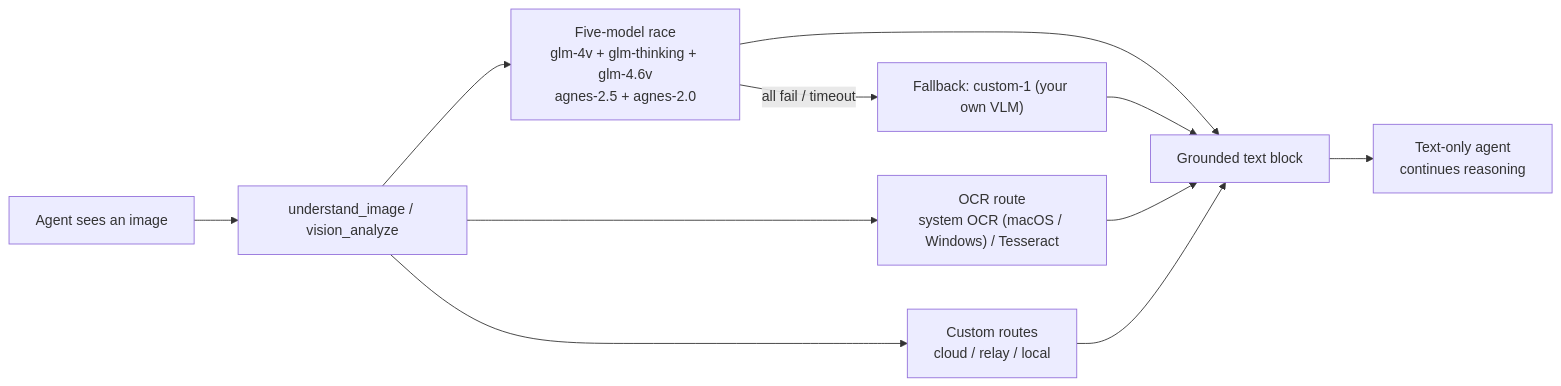
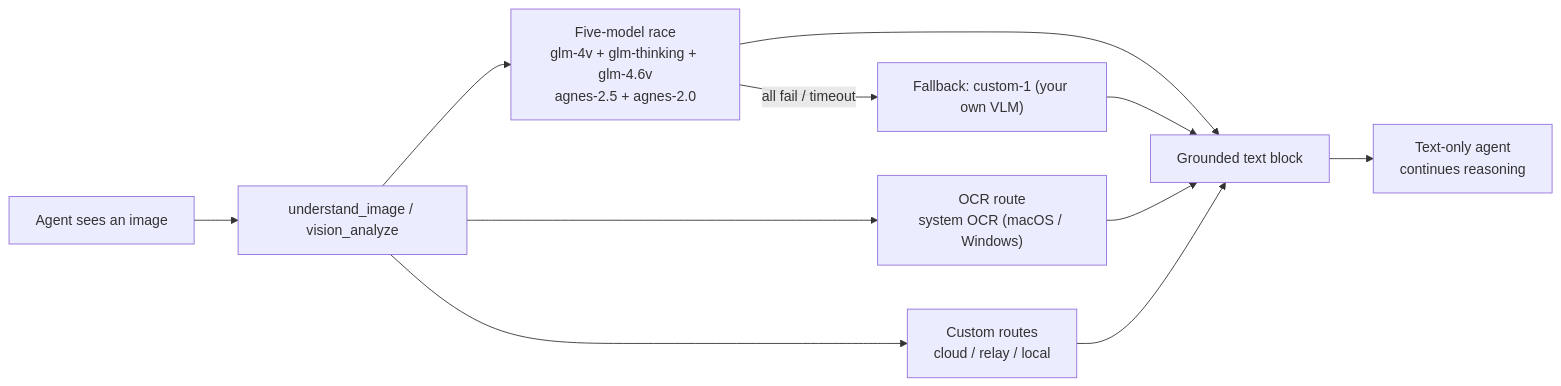
Before and after one commit to LaconicChip/vision-mcp: the diagram in README.md, drawn with Mermaid. The commit also changed other lines of this file and 6 other files, not shown here.

First line of the commit message:
refactor: drop Linux/tesseract OCR, clean redundant code

````diff
--- a/README.md
+++ b/README.md
@@ -60,13 +60,13 @@
 ```mermaid
 flowchart LR
     A["Agent sees an image"] --> B["understand_image / vision_analyze"]
     B --> R["Five-model race<br/>glm-4v + glm-thinking + glm-4.6v<br/>agnes-2.5 + agnes-2.0"]
-    B --> O["OCR route<br/>system OCR (macOS / Windows) / Tesseract"]
+    B --> O["OCR route<br/>system OCR (macOS / Windows)"]
     B --> C["Custom routes<br/>cloud / relay / local"]
     R --> T["Grounded text block"]
     O --> T
     C --> T
     R -- "all fail / timeout" --> V["Fallback: custom-1 (your own VLM)"]
     V --> T
     T --> D["Text-only agent<br/>continues reasoning"]
 ```
````
